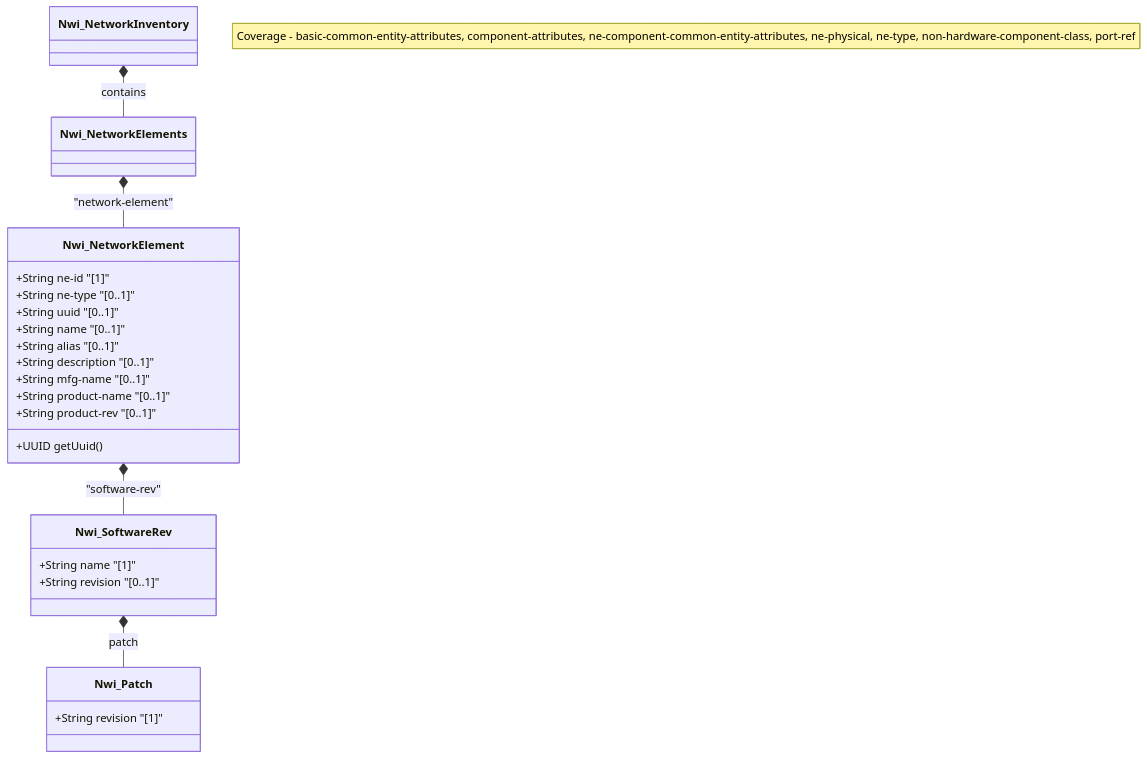
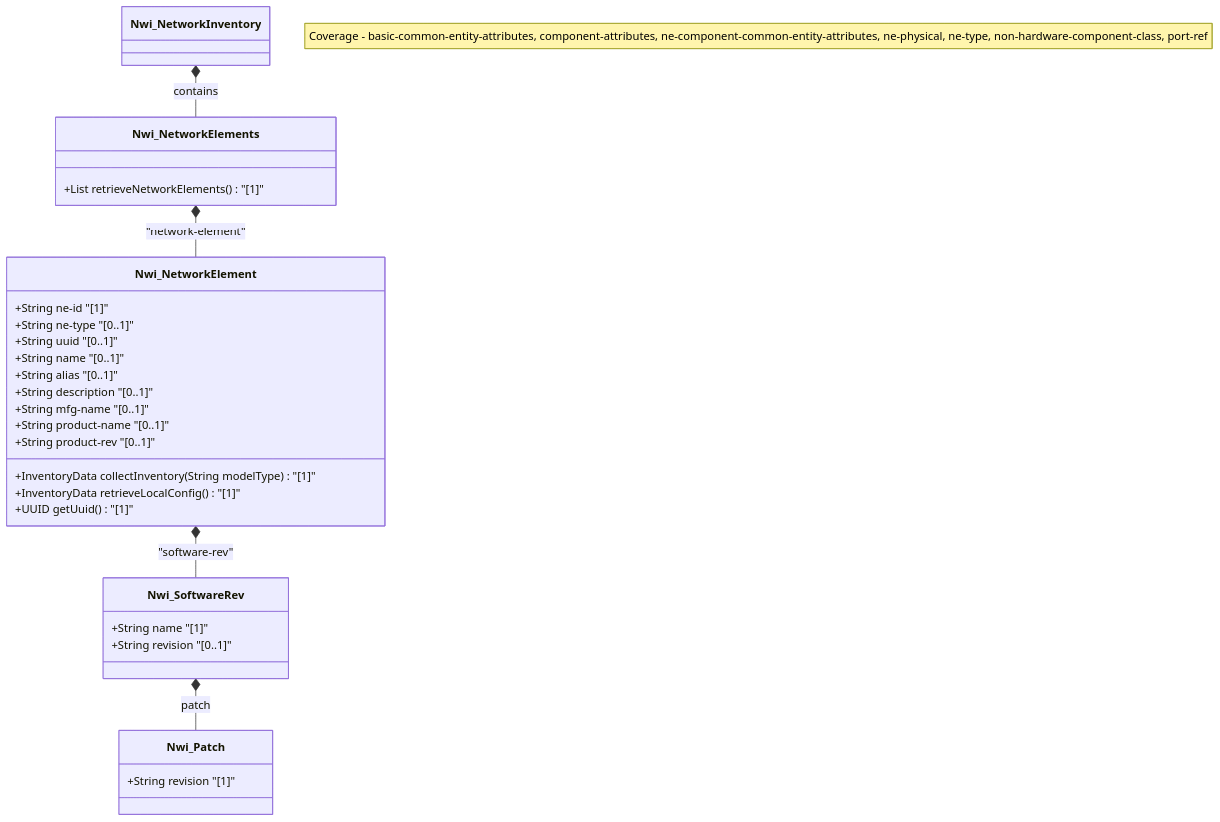
The diagram in docs/features/feat-15-network-elements.md (gintatkinson/3dgs-032), drawn with Mermaid before and after one commit. The commit also changed 13 other files, not shown here.

Commit message:
Add use case uc-13-network-inventory and fix linter errors

````diff
--- a/docs/features/feat-15-network-elements.md
+++ b/docs/features/feat-15-network-elements.md
@@ -23,30 +23,34 @@
 ```mermaid
 classDiagram
     note "Coverage - basic-common-entity-attributes, component-attributes, ne-component-common-entity-attributes, ne-physical, ne-type, non-hardware-component-class, port-ref"
     class Nwi_NetworkInventory
-    class Nwi_NetworkElements
+    class Nwi_NetworkElements {
+        +List retrieveNetworkElements() "[1]"
+    }
     class Nwi_NetworkElement {
         +String ne-id "[1]"
         +String ne-type "[0..1]"
         +String uuid "[0..1]"
         +String name "[0..1]"
         +String alias "[0..1]"
         +String description "[0..1]"
         +String mfg-name "[0..1]"
         +String product-name "[0..1]"
         +String product-rev "[0..1]"
-        +UUID getUuid()
+        +InventoryData collectInventory(String modelType) "[1]"
+        +InventoryData retrieveLocalConfig() "[1]"
+        +UUID getUuid() "[1]"
     }
     class Nwi_SoftwareRev {
         +String name "[1]"
         +String revision "[0..1]"
     }
     class Nwi_Patch {
         +String revision "[1]"
     }
 
     Nwi_NetworkInventory *-- Nwi_NetworkElements : contains
     Nwi_NetworkElements *-- Nwi_NetworkElement : "network-element"
     Nwi_NetworkElement *-- Nwi_SoftwareRev : "software-rev"
     Nwi_SoftwareRev *-- Nwi_Patch : patch
 ```
````
